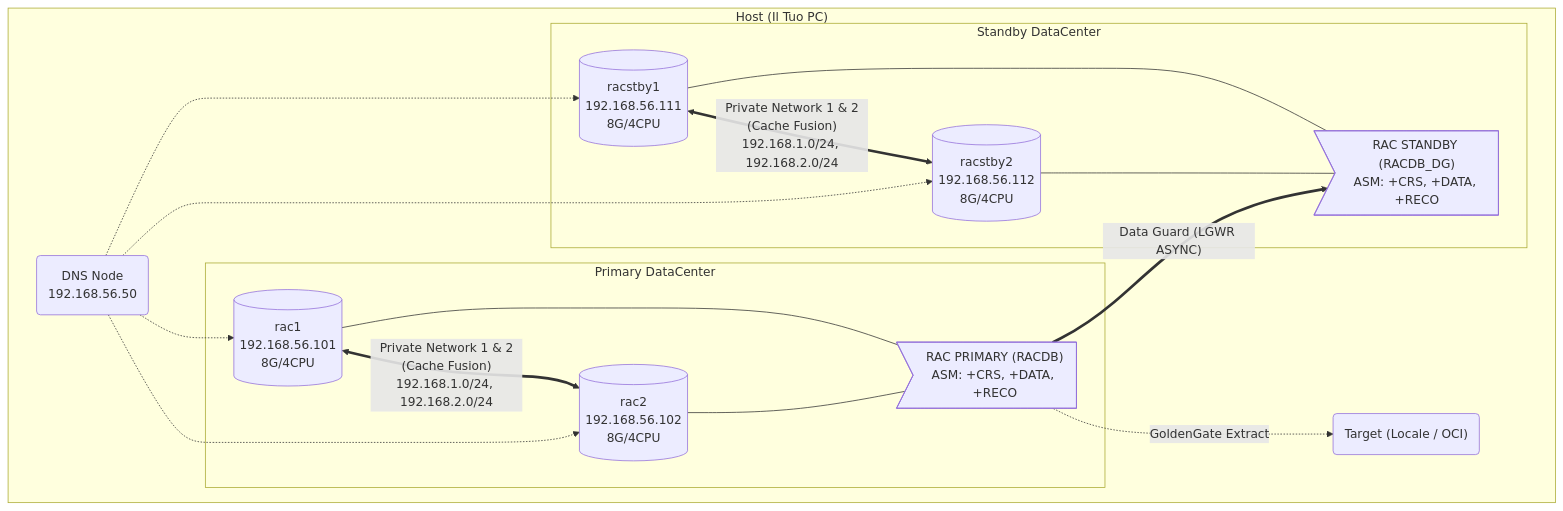
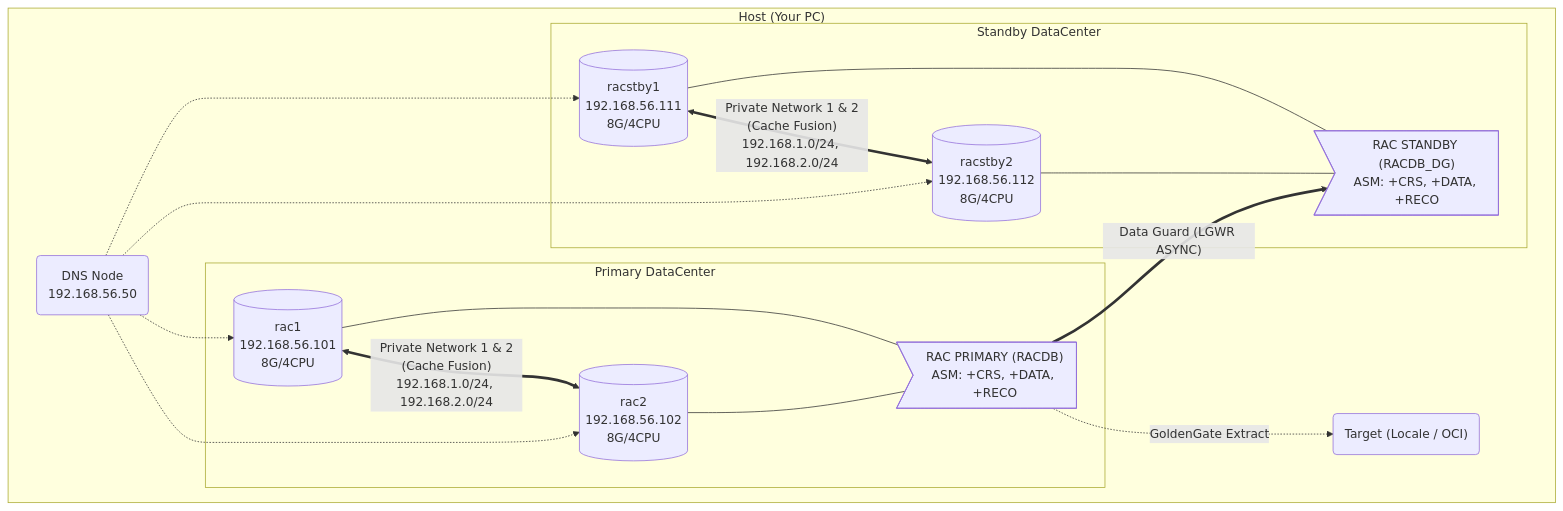
Before and after one commit to Mohamed-DN/dba_oracle_lab: the diagram in README.md, drawn with Mermaid. The commit also changed other lines of this file and 6 other files, not shown here.

````diff
--- a/README.md
+++ b/README.md
@@ -72,35 +72,35 @@
 ```mermaid
 flowchart TD
-    subgraph "Host (Il Tuo PC)"
+    subgraph "Host (Your PC)"
         dns("DNS Node\n192.168.56.50")
         
         subgraph "Primary DataCenter"
             rac1[("rac1\n192.168.56.101\n8G/4CPU")]
             rac2[("rac2\n192.168.56.102\n8G/4CPU")]
             
             rac1 <== "Private Network 1 & 2\n(Cache Fusion)\n192.168.1.0/24, 192.168.2.0/24" ==> rac2
             db1>"RAC PRIMARY (RACDB)\nASM: +CRS, +DATA, +RECO"]
             rac1 --- db1
             rac2 --- db1
         end
         
         subgraph "Standby DataCenter"
             racstby1[("racstby1\n192.168.56.111\n8G/4CPU")]
             racstby2[("racstby2\n192.168.56.112\n8G/4CPU")]
             
             racstby1 <== "Private Network 1 & 2\n(Cache Fusion)\n192.168.1.0/24, 192.168.2.0/24" ==> racstby2
             db2>"RAC STANDBY (RACDB_DG)\nASM: +CRS, +DATA, +RECO"]
             racstby1 --- db2
             racstby2 --- db2
         end
         
         dns -.-> rac1
         dns -.-> rac2
         dns -.-> racstby1
         dns -.-> racstby2
         
         db1 == "Data Guard (LGWR ASYNC)" ==> db2
         db1 -. "GoldenGate Extract" .-> gg("Target (Locale / OCI)")
         
     end
 ```
````
